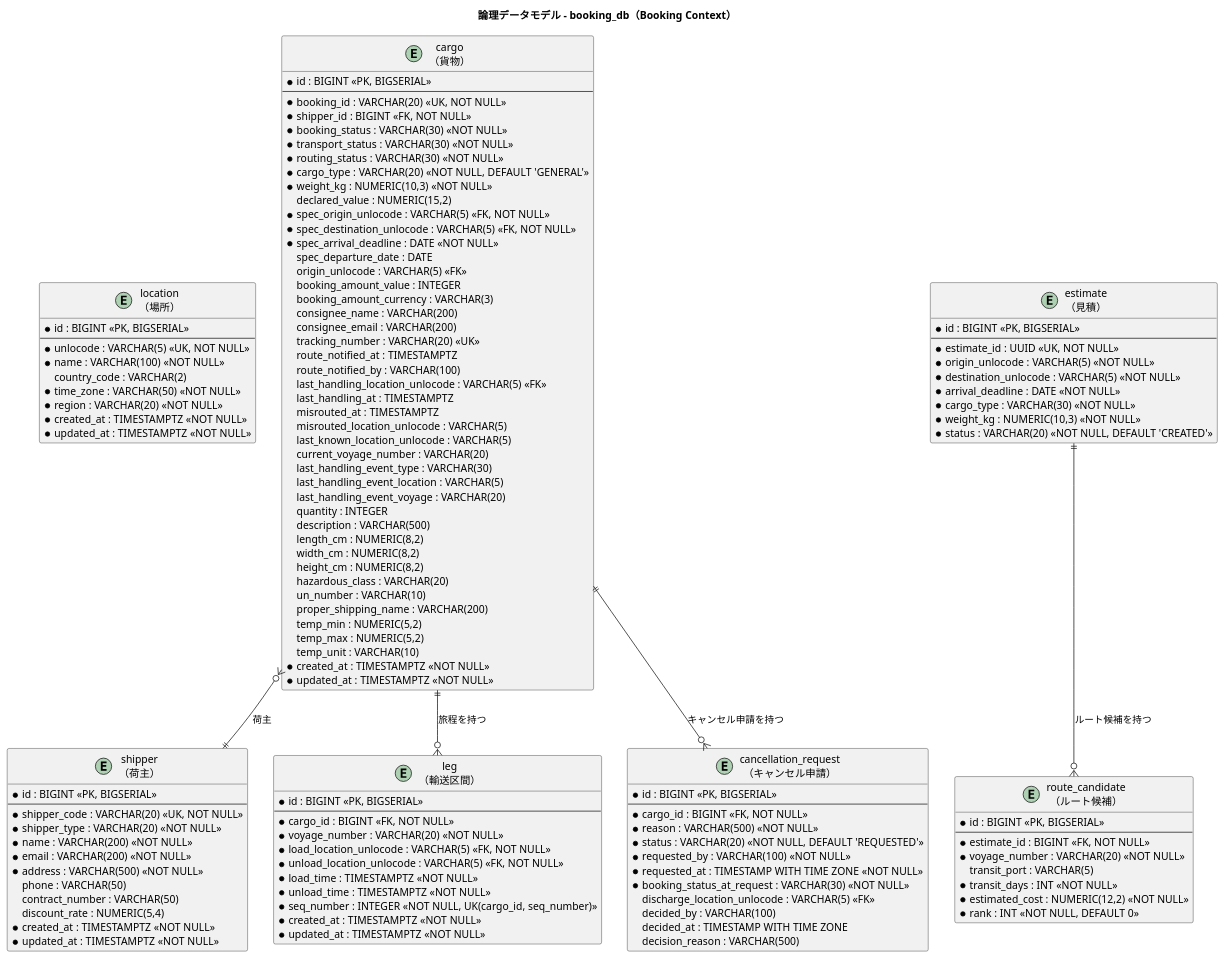
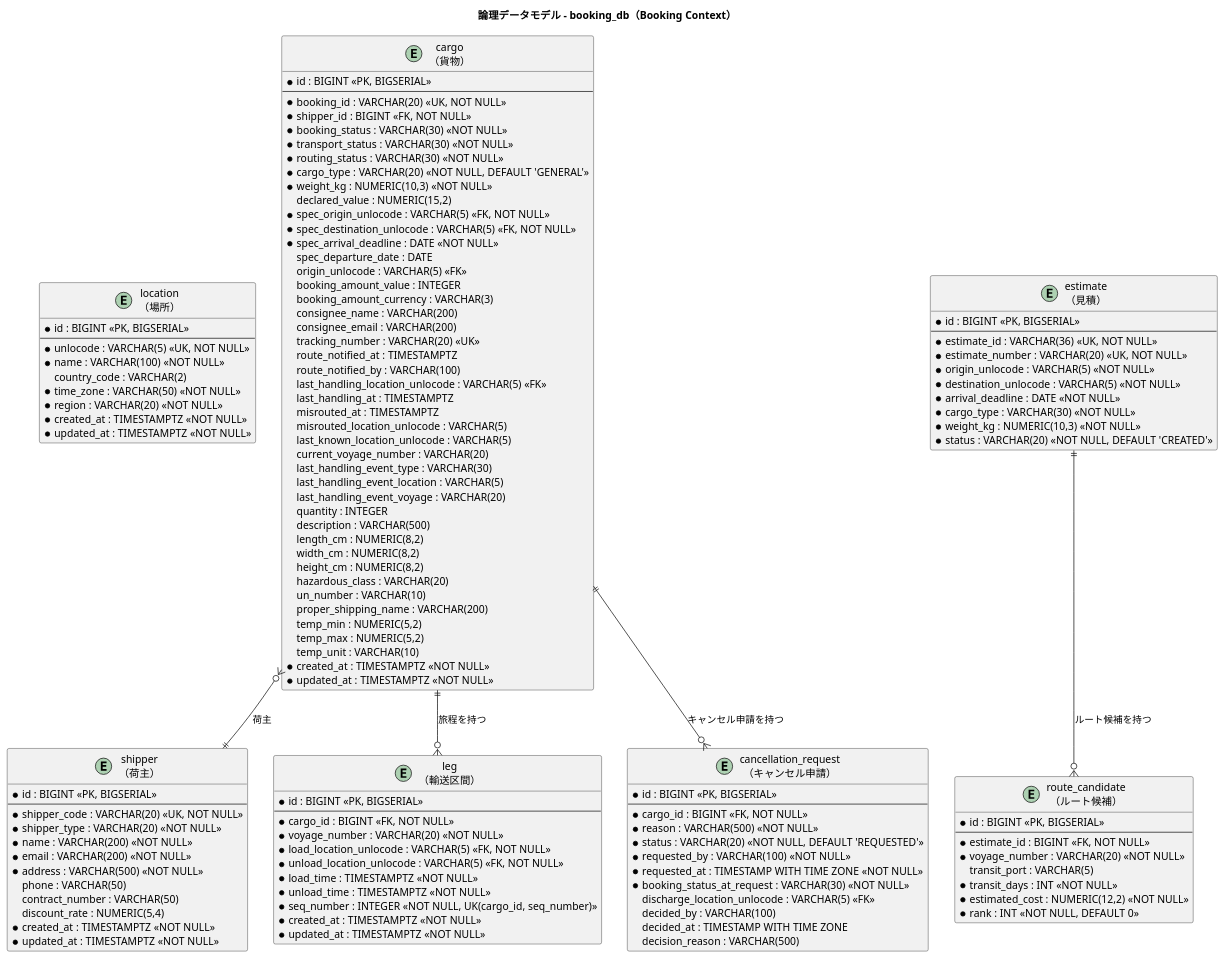
One commit to k2works/case-study-cargo-tracker changed the third of 7 diagrams in docs/design/data-model.md. Above: the diagram before and after it, drawn with PlantUML. The commit also changed other lines of this file and 43 other files, not shown here.

```diff
--- a/docs/design/data-model.md
+++ b/docs/design/data-model.md
@@ -475,7 +476,8 @@
 entity "estimate\n（見積）" as estimate {
   * id : BIGINT <<PK, BIGSERIAL>>
   --
-  * estimate_id : UUID <<UK, NOT NULL>>
+  * estimate_id : VARCHAR(36) <<UK, NOT NULL>>
+  * estimate_number : VARCHAR(20) <<UK, NOT NULL>>
   * origin_unlocode : VARCHAR(5) <<NOT NULL>>
   * destination_unlocode : VARCHAR(5) <<NOT NULL>>
   * arrival_deadline : DATE <<NOT NULL>>
```
